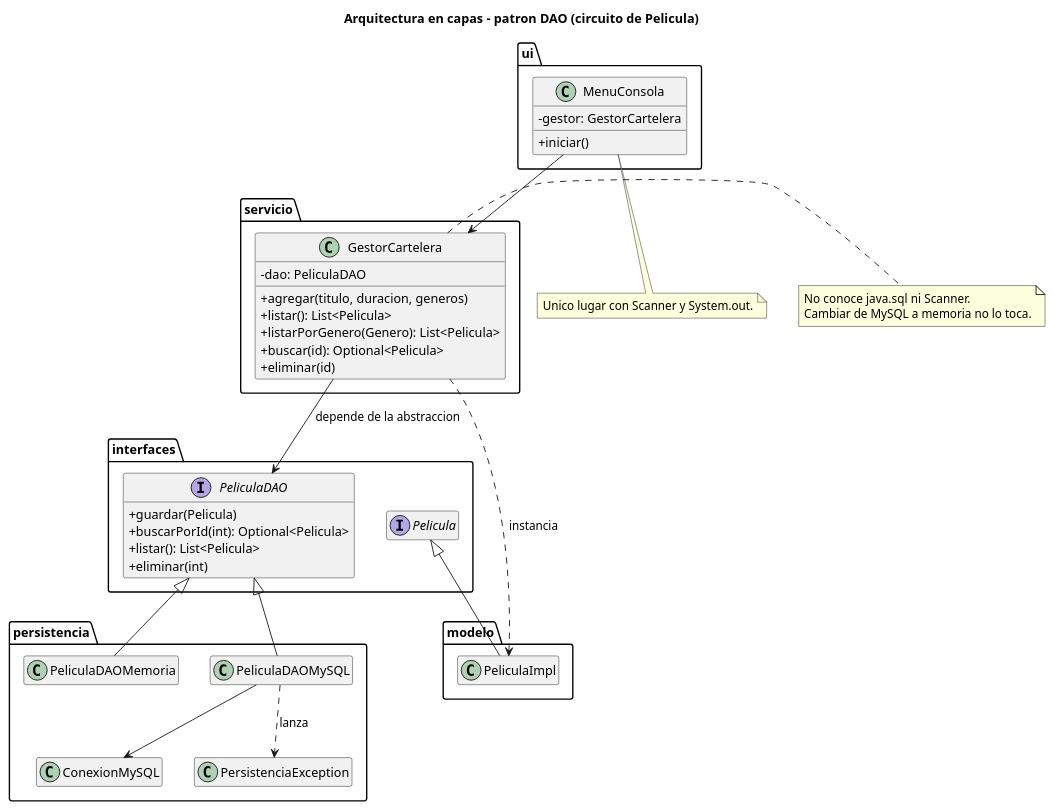
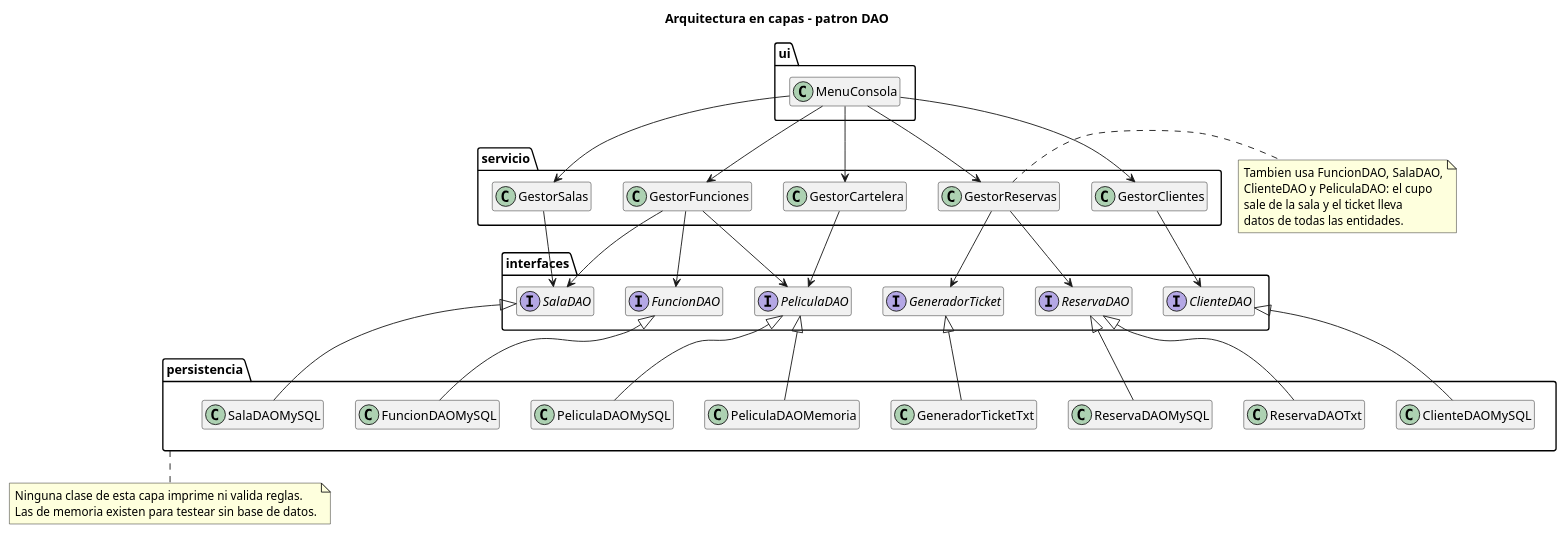
Before and after one commit to andreiveisuade/cine-uade: the diagram in cine-backend/docs/diagramas/clases-capas.puml, drawn with PlantUML. The commit also changed 34 other files, not shown here.

First line of the commit message:
feat: circuitos de sala, funcion, cliente y reserva con ticket en txt

```diff
--- a/cine-backend/docs/diagramas/clases-capas.puml
+++ b/cine-backend/docs/diagramas/clases-capas.puml
@@ -1,66 +1,75 @@
 @startuml clases-capas
-title Arquitectura en capas - patron DAO (circuito de Pelicula)
+title Arquitectura en capas - patron DAO
 
 skinparam classAttributeIconSize 0
-hide empty members
+hide members
 
 package ui {
-  class MenuConsola {
-    -gestor: GestorCartelera
-    +iniciar()
-  }
+  class MenuConsola
 }
 
 package servicio {
-  class GestorCartelera {
-    -dao: PeliculaDAO
-    +agregar(titulo, duracion, generos)
-    +listar(): List<Pelicula>
-    +listarPorGenero(Genero): List<Pelicula>
-    +buscar(id): Optional<Pelicula>
-    +eliminar(id)
-  }
+  class GestorCartelera
+  class GestorSalas
+  class GestorFunciones
+  class GestorClientes
+  class GestorReservas
 }
 
 package interfaces {
-  interface PeliculaDAO {
-    +guardar(Pelicula)
-    +buscarPorId(int): Optional<Pelicula>
-    +listar(): List<Pelicula>
-    +eliminar(int)
-  }
-  interface Pelicula
-}
-
-package modelo {
-  class PeliculaImpl
+  interface PeliculaDAO
+  interface SalaDAO
+  interface FuncionDAO
+  interface ClienteDAO
+  interface ReservaDAO
+  interface GeneradorTicket
 }
 
 package persistencia {
+  class PeliculaDAOMySQL
   class PeliculaDAOMemoria
-  class PeliculaDAOMySQL
-  class ConexionMySQL
-  class PersistenciaException
+  class SalaDAOMySQL
+  class FuncionDAOMySQL
+  class ClienteDAOMySQL
+  class ReservaDAOMySQL
+  class ReservaDAOTxt
+  class GeneradorTicketTxt
 }
 
 MenuConsola -down-> GestorCartelera
-GestorCartelera -down-> PeliculaDAO : depende de la abstraccion
-GestorCartelera ..> PeliculaImpl : instancia
+MenuConsola -down-> GestorSalas
+MenuConsola -down-> GestorFunciones
+MenuConsola -down-> GestorClientes
+MenuConsola -down-> GestorReservas
 
+GestorCartelera -down-> PeliculaDAO
+GestorSalas -down-> SalaDAO
+GestorFunciones -down-> FuncionDAO
+GestorFunciones -down-> PeliculaDAO
+GestorFunciones -down-> SalaDAO
+GestorClientes -down-> ClienteDAO
+GestorReservas -down-> ReservaDAO
+GestorReservas -down-> GeneradorTicket
+
+PeliculaDAOMySQL -up-|> PeliculaDAO
 PeliculaDAOMemoria -up-|> PeliculaDAO
-PeliculaDAOMySQL -up-|> PeliculaDAO
-PeliculaImpl -up-|> Pelicula
+SalaDAOMySQL -up-|> SalaDAO
+FuncionDAOMySQL -up-|> FuncionDAO
+ClienteDAOMySQL -up-|> ClienteDAO
+ReservaDAOMySQL -up-|> ReservaDAO
+ReservaDAOTxt -up-|> ReservaDAO
+GeneradorTicketTxt -up-|> GeneradorTicket
 
-PeliculaDAOMySQL -down-> ConexionMySQL
-PeliculaDAOMySQL ..> PersistenciaException : lanza
-
-note right of GestorCartelera
-  No conoce java.sql ni Scanner.
-  Cambiar de MySQL a memoria no lo toca.
+note right of GestorReservas
+  Tambien usa FuncionDAO, SalaDAO,
+  ClienteDAO y PeliculaDAO: el cupo
+  sale de la sala y el ticket lleva
+  datos de todas las entidades.
 end note
 
-note bottom of MenuConsola
-  Unico lugar con Scanner y System.out.
+note bottom of persistencia
+  Ninguna clase de esta capa imprime ni valida reglas.
+  Las de memoria existen para testear sin base de datos.
 end note
 
 @enduml
```
